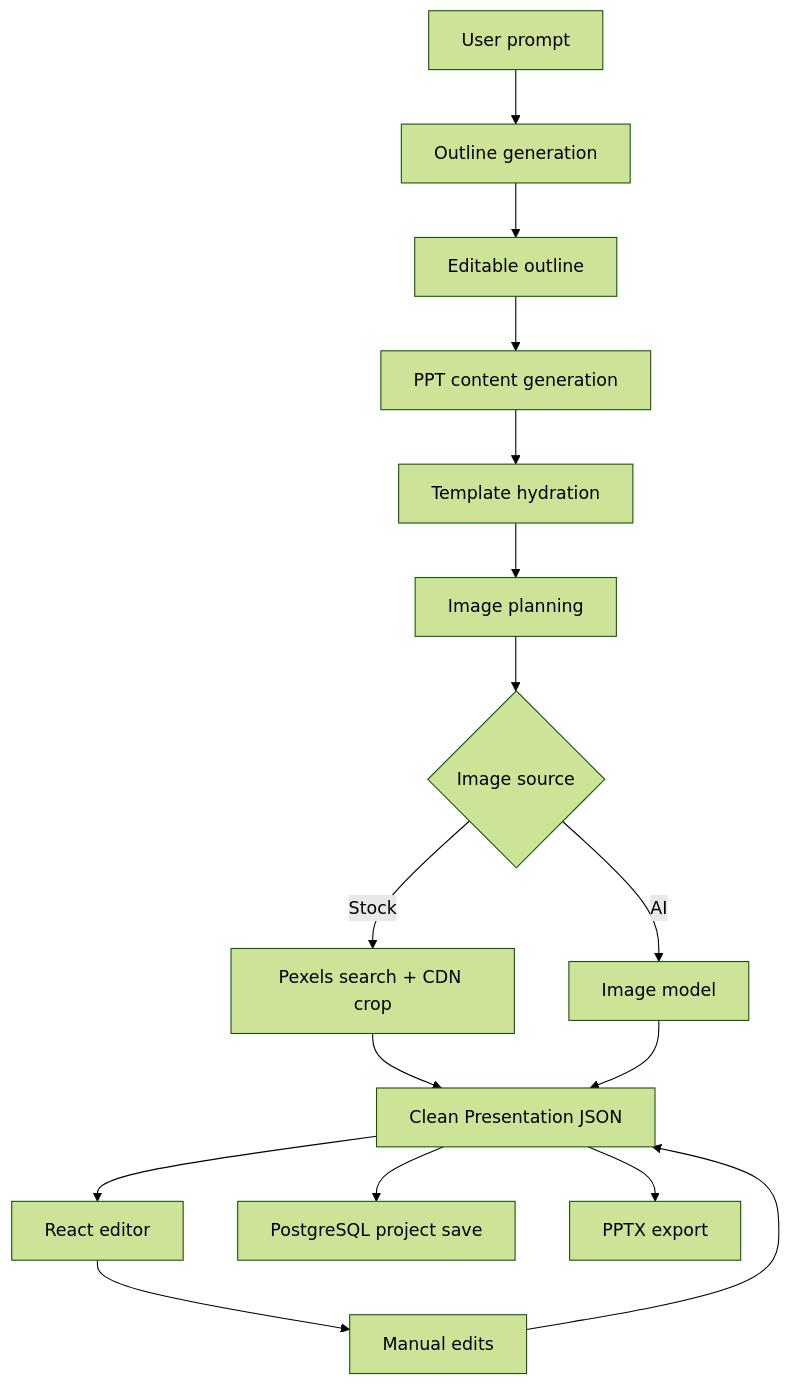
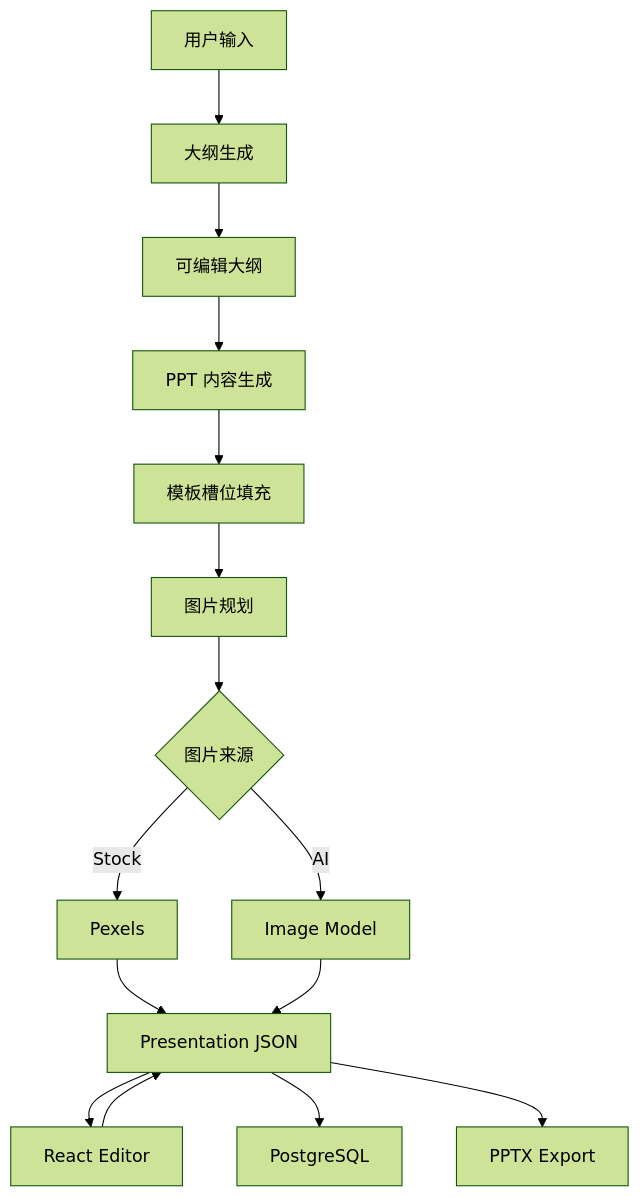
Before and after one commit to nohyh/pptAgent: the diagram in README.md, drawn with Mermaid (forest theme). The commit also changed other lines of this file, not shown here.

````diff
--- a/README.md
+++ b/README.md
@@ -25,18 +21,17 @@
 ```mermaid
 flowchart TD
-  A["User prompt"] --> B["Outline generation"]
-  B --> C["Editable outline"]
-  C --> D["PPT content generation"]
-  D --> E["Template hydration"]
-  E --> F["Image planning"]
-  F --> G{"Image source"}
-  G -->|Stock| H["Pexels search + CDN crop"]
-  G -->|AI| I["Image model"]
-  H --> J["Clean Presentation JSON"]
+  A["用户输入"] --> B["大纲生成"]
+  B --> C["可编辑大纲"]
+  C --> D["PPT 内容生成"]
+  D --> E["模板槽位填充"]
+  E --> F["图片规划"]
+  F --> G{"图片来源"}
+  G -->|Stock| H["Pexels"]
+  G -->|AI| I["Image Model"]
+  H --> J["Presentation JSON"]
   I --> J
-  J --> K["React editor"]
-  K --> L["Manual edits"]
-  L --> J
-  J --> M["PostgreSQL project save"]
-  J --> N["PPTX export"]
+  J --> K["React Editor"]
+  K --> J
+  J --> L["PostgreSQL"]
+  J --> M["PPTX Export"]
 ```
````
